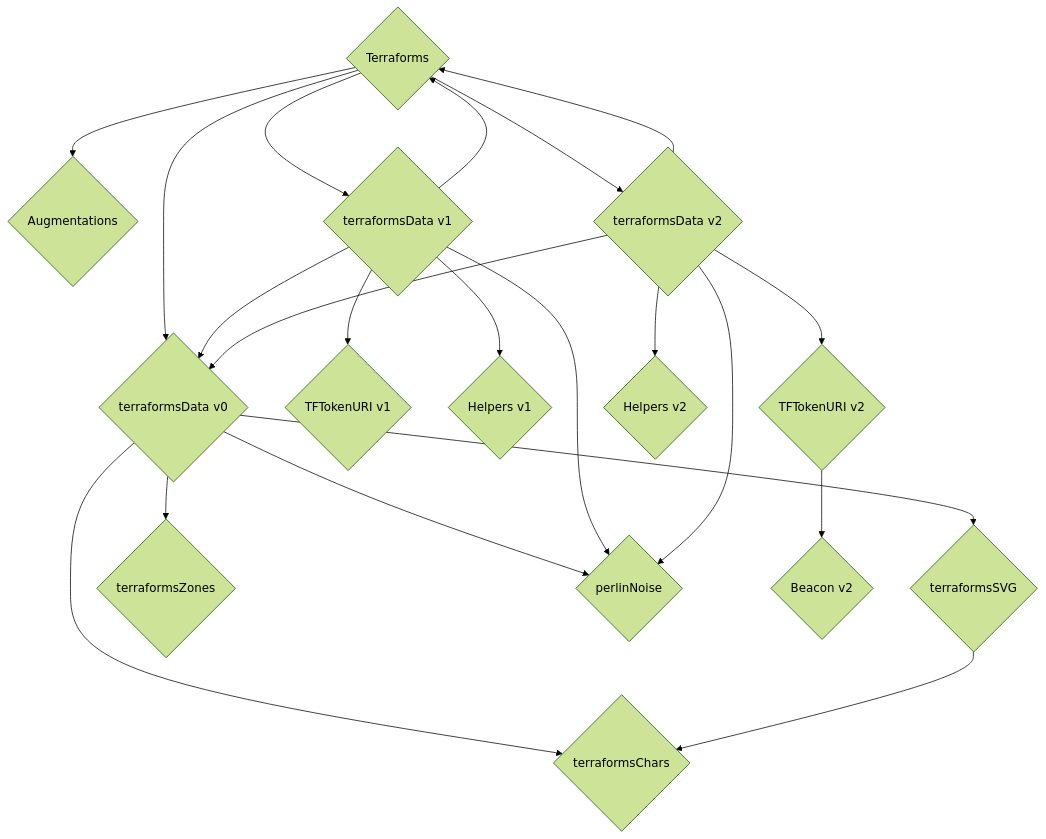
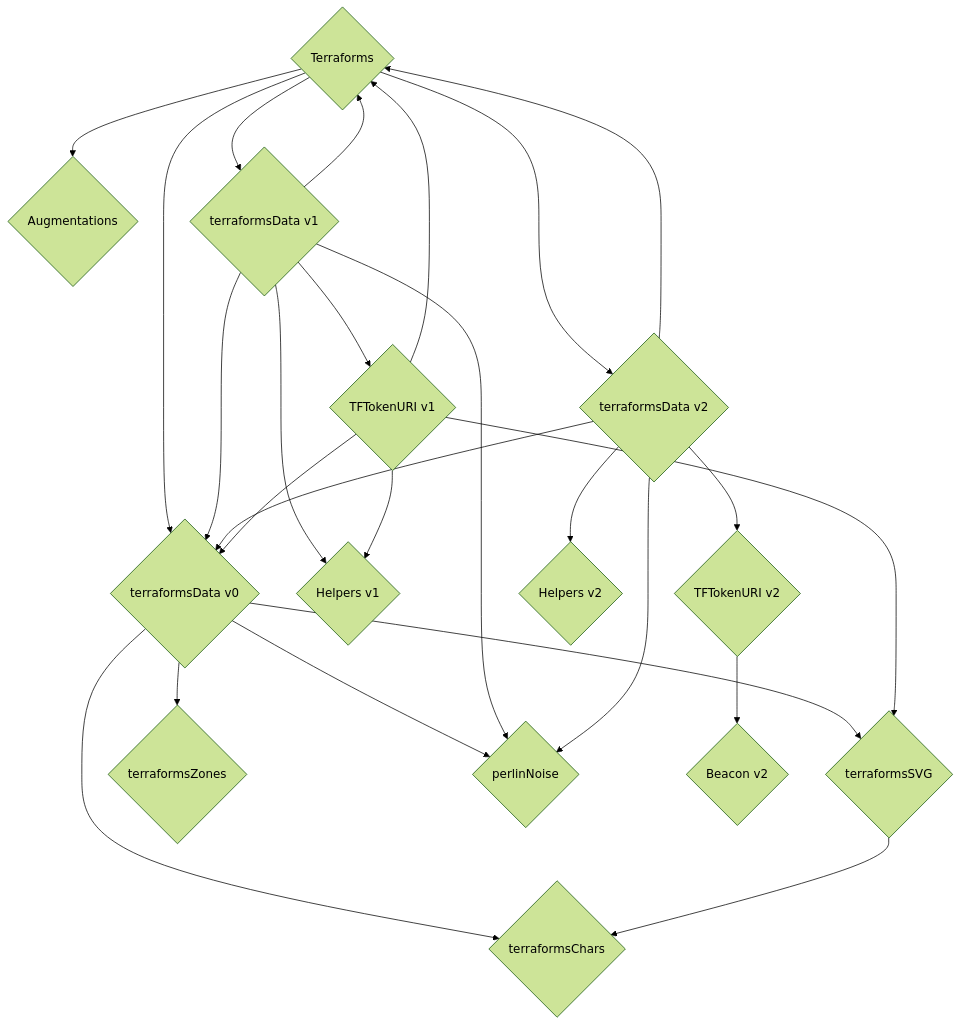
The first of 2 diagrams in contracts/Terraforms.md (thebadcc/terraform-docs), drawn with Mermaid (forest theme) before and after one commit.

````diff
--- a/contracts/Terraforms.md
+++ b/contracts/Terraforms.md
@@ -22,23 +22,28 @@
 ```mermaid
 graph TD
     A{Terraforms} --> B{Augmentations}
     A --> C{terraformsData v0}
     A --> D{terraformsData v1}
     A --> E{terraformsData v2}
     C --> F{terraformsSVG}
     C --> G{terraformsChars}
     C --> H{terraformsZones}
     C --> I{perlinNoise}
     D --> J{TFTokenURI v1}
     D --> K{Helpers v1}
     E --> L{TFTokenURI v2}
     E --> M{Helpers v2}
     F --> G
     L --> N{Beacon v2}
     D --> A
     D --> I
     D --> C
     E --> A
     E --> I
     E --> C
+    J --> C
+    J --> A
+    J --> K
+    J --> F
+
 ```
````
